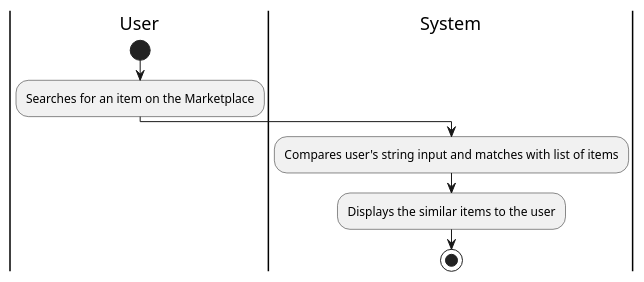
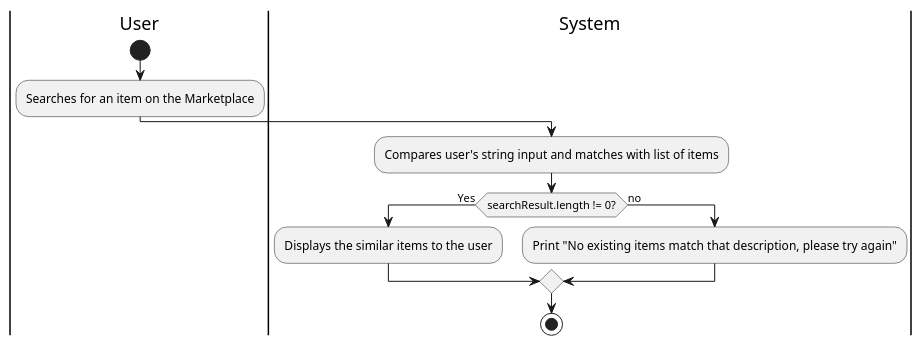
One commit to remyben-creator/Marketplace-Application changed the diagram in Phase1/use-cases/search-for-items.md. Above: the diagram before and after it, drawn with PlantUML. The commit also changed other lines of this file, not shown here.

Commit message:
Iteration Plan completed and search-for-items use case updated

````diff
--- a/Phase1/use-cases/search-for-items.md
+++ b/Phase1/use-cases/search-for-items.md
@@ -15,11 +15,15 @@
 ```plantuml
 
 |User|
 start
 :Searches for an item on the Marketplace;
 |System|
 :Compares user's string input and matches with list of items;
+if (searchResult.length != 0?) then (Yes)
 :Displays the similar items to the user;
+else (no)
+:Print "No existing items match that description, please try again";
+endif 
 stop
 @enduml
 ```
````
